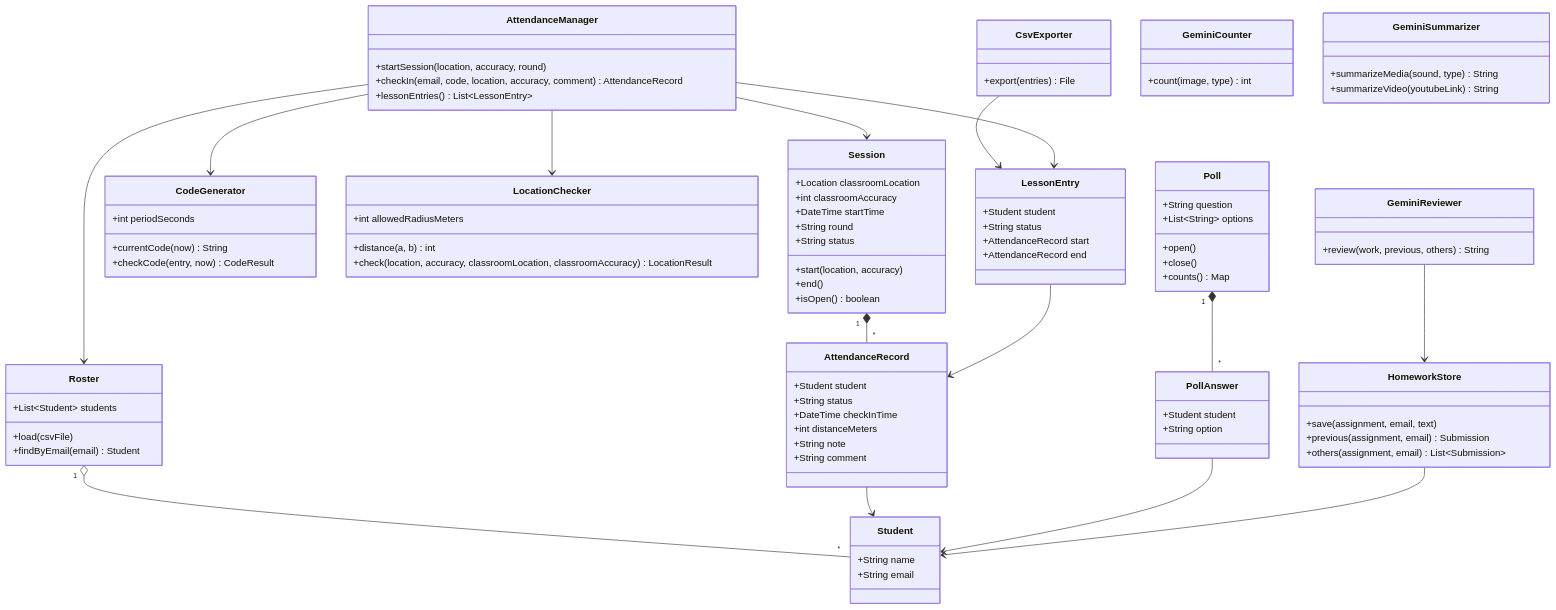
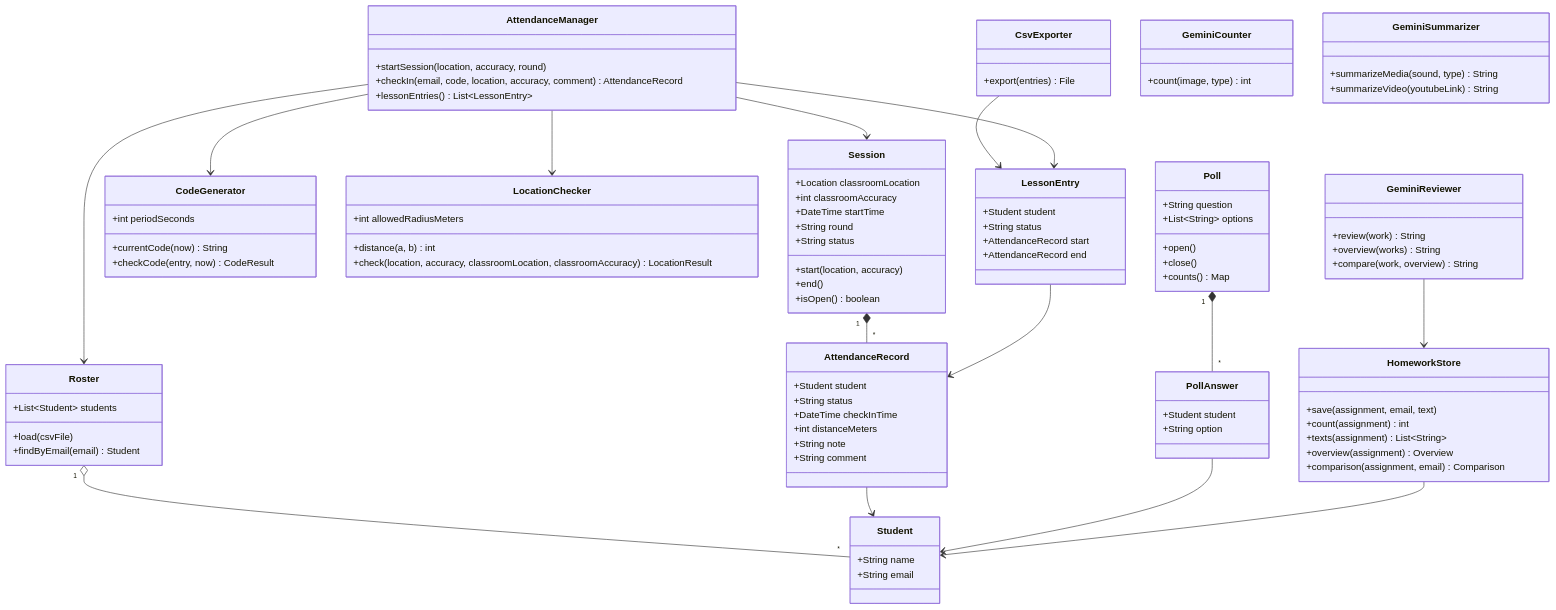
The first of 7 diagrams in diagrams.md (Maycaspi110/Class_Attendance), drawn with Mermaid before and after one commit. The commit also changed other lines of this file and 12 other files, not shown here.

Commit message:
Update the documents for the new homework design: one review, and a comparison with the class

```diff
--- a/diagrams.md
+++ b/diagrams.md
@@ -81,11 +81,15 @@
   }
   class HomeworkStore {
     +save(assignment, email, text)
-    +previous(assignment, email) Submission
-    +others(assignment, email) List~Submission~
+    +count(assignment) int
+    +texts(assignment) List~String~
+    +overview(assignment) Overview
+    +comparison(assignment, email) Comparison
   }
   class GeminiReviewer {
-    +review(work, previous, others) String
+    +review(work) String
+    +overview(works) String
+    +compare(work, overview) String
   }
 
   Roster "1" o-- "*" Student
```
